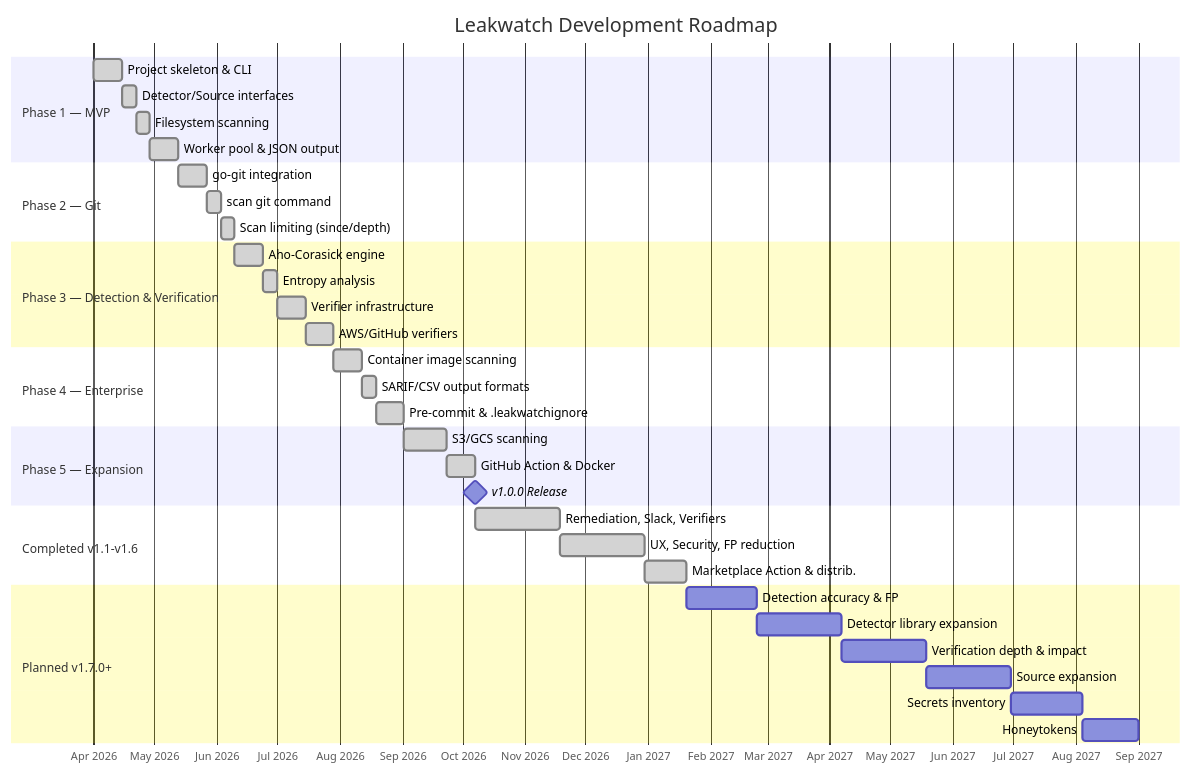
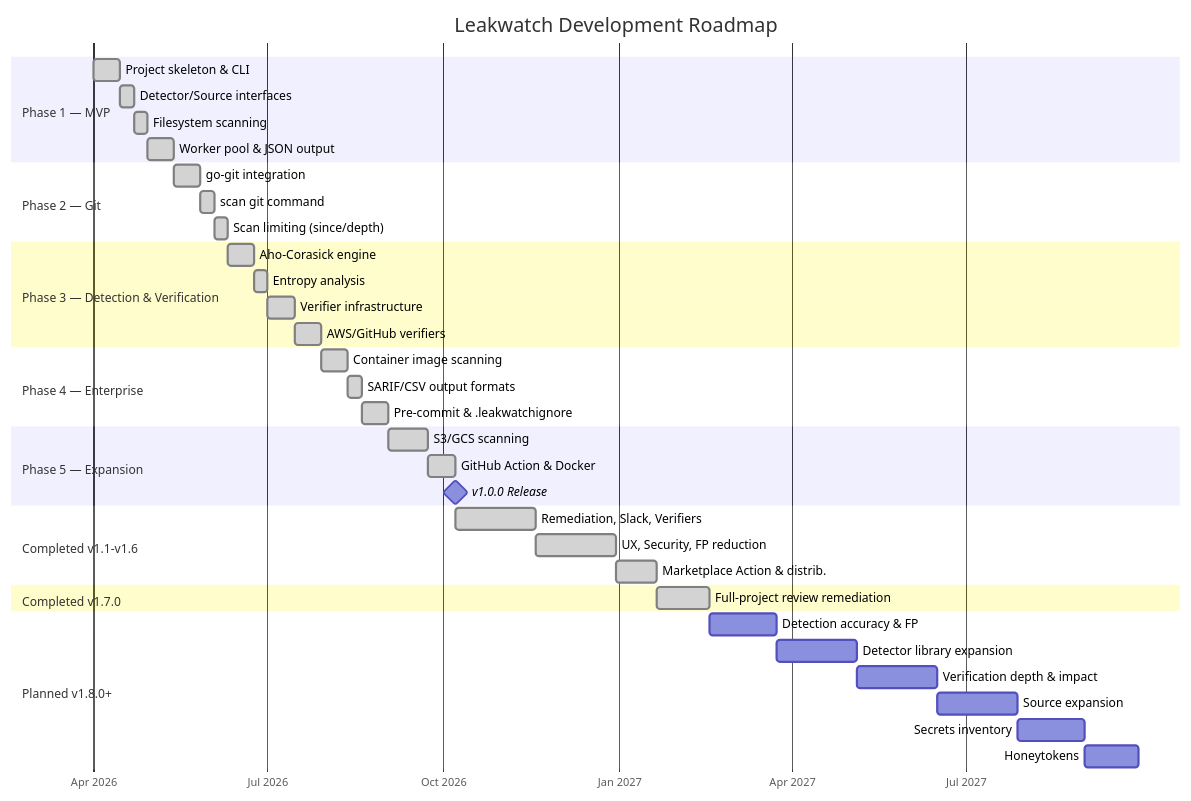
Before and after one commit to cemililik/Leakwatch: the diagram in docs/05-ROADMAP.md, drawn with Mermaid. The commit also changed other lines of this file and 20 other files, not shown here.

````diff
--- a/docs/05-ROADMAP.md
+++ b/docs/05-ROADMAP.md
@@ -99,46 +108,49 @@
 ```mermaid
 gantt
     title Leakwatch Development Roadmap
     dateFormat YYYY-MM-DD
     axisFormat %b %Y
 
     section Phase 1 — MVP
         Project skeleton & CLI          :done, f1a, 2026-04-01, 2w
         Detector/Source interfaces      :done, f1b, after f1a, 1w
         Filesystem scanning             :done, f1c, after f1b, 1w
         Worker pool & JSON output       :done, f1d, after f1c, 2w
 
     section Phase 2 — Git
         go-git integration              :done, f2a, after f1d, 2w
         scan git command                :done, f2b, after f2a, 1w
         Scan limiting (since/depth)     :done, f2c, after f2b, 1w
 
     section Phase 3 — Detection & Verification
         Aho-Corasick engine             :done, f3a, after f2c, 2w
         Entropy analysis                :done, f3b, after f3a, 1w
         Verifier infrastructure         :done, f3c, after f3b, 2w
         AWS/GitHub verifiers            :done, f3d, after f3c, 2w
 
     section Phase 4 — Enterprise
         Container image scanning        :done, f4a, after f3d, 2w
         SARIF/CSV output formats        :done, f4b, after f4a, 1w
         Pre-commit & .leakwatchignore   :done, f4c, after f4b, 2w
 
     section Phase 5 — Expansion
         S3/GCS scanning                 :done, f5a, after f4c, 3w
         GitHub Action & Docker          :done, f5b, after f5a, 2w
         v1.0.0 Release                  :milestone, after f5b, 0d
 
     section Completed v1.1-v1.6
         Remediation, Slack, Verifiers   :done, f6, after f5b, 6w
         UX, Security, FP reduction      :done, f8, after f6, 6w
         Marketplace Action & distrib.   :done, f85, after f8, 3w
 
-    section Planned v1.7.0+
-        Detection accuracy & FP         :p9, after f85, 5w
+    section Completed v1.7.0
+        Full-project review remediation :done, f87, after f85, 4w
+
+    section Planned v1.8.0+
+        Detection accuracy & FP         :p9, after f87, 5w
         Detector library expansion      :p10, after p9, 6w
         Verification depth & impact     :p11, after p10, 6w
         Source expansion                :p12, after p11, 6w
         Secrets inventory               :p13, after p12, 5w
         Honeytokens                     :p14, after p13, 4w
 ```
````
